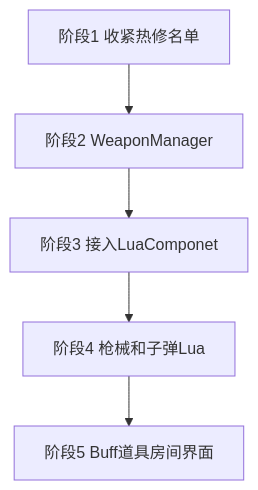
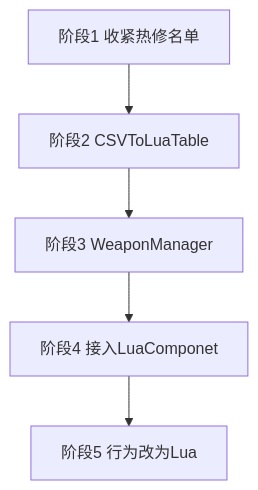
The diagram in .agents/skills/pgun-project-context/references/lua-gameplay-rewrite-plan.md (AChen1111/P_GUN), drawn with Mermaid before and after one commit. The commit also changed other lines of this file and 1 other file, not shown here.

First line of the commit message:
计划改为用 CSV 生成 Lua 配置表。

````diff
--- a/.agents/skills/pgun-project-context/references/lua-gameplay-rewrite-plan.md
+++ b/.agents/skills/pgun-project-context/references/lua-gameplay-rewrite-plan.md
@@ -17,12 +18,12 @@
 ```mermaid
 flowchart TD
   hotfixList[阶段1 收紧热修名单]
-  weaponMgr[阶段2 WeaponManager]
-  framework[阶段3 接入LuaComponet]
-  gunBullet[阶段4 枪械和子弹Lua]
-  contentLua[阶段5 Buff道具房间界面]
-  hotfixList --> weaponMgr
+  csvLua[阶段2 CSVToLuaTable]
+  weaponMgr[阶段3 WeaponManager]
+  framework[阶段4 接入LuaComponet]
+  contentLua[阶段5 行为改为Lua]
+  hotfixList --> csvLua
+  csvLua --> weaponMgr
   weaponMgr --> framework
-  framework --> gunBullet
-  gunBullet --> contentLua
+  framework --> contentLua
 ```
````
